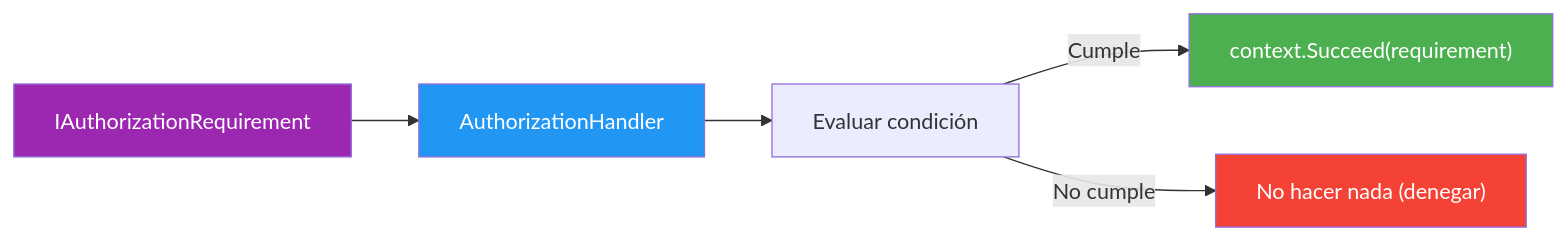
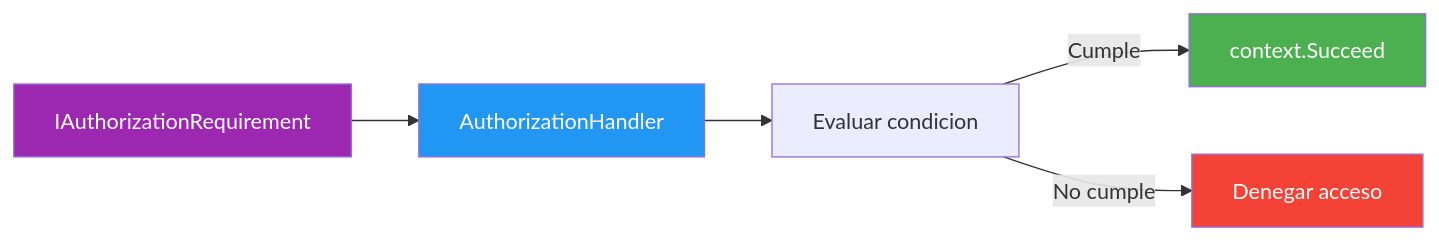
One commit to joseluisgs/DesarrolloWebEntornosServidor-02-2026-2027 changed the sixth of 9 diagrams in 17-autorizacion.md. Above: the diagram before and after it, drawn with Mermaid. The commit also changed other lines of this file and 1 other file, not shown here.

First line of the commit message:
[fix] UD02: Temas 16 y 17 reescritos con Mermaid corregido y texto explicativo

````diff
--- a/17-autorizacion.md
+++ b/17-autorizacion.md
@@ -253,12 +276,12 @@
 ```mermaid
 flowchart LR
-    REQ["IAuthorizationRequirement"] --> HANDLER["AuthorizationHandler<T>"]
-    HANDLER --> EVALUAR["Evaluar condición"]
-    EVALUAR -->|Cumple| SUCEED["context.Succeed(requirement)"]
-    EVALUAR -->|No cumple| FAIL["No hacer nada (denegar)"]
+    REQ["IAuthorizationRequirement"] --> HANDLER["AuthorizationHandler"]
+    HANDLER --> EVALUAR["Evaluar condicion"]
+    EVALUAR -->|Cumple| SUCEED["context.Succeed"]
+    EVALUAR -->|No cumple| FAIL["Denegar acceso"]
 
     style REQ fill:#9C27B0,color:#fff
     style HANDLER fill:#2196F3,color:#fff
     style SUCEED fill:#4CAF50,color:#fff
     style FAIL fill:#f44336,color:#fff
 ```
````
